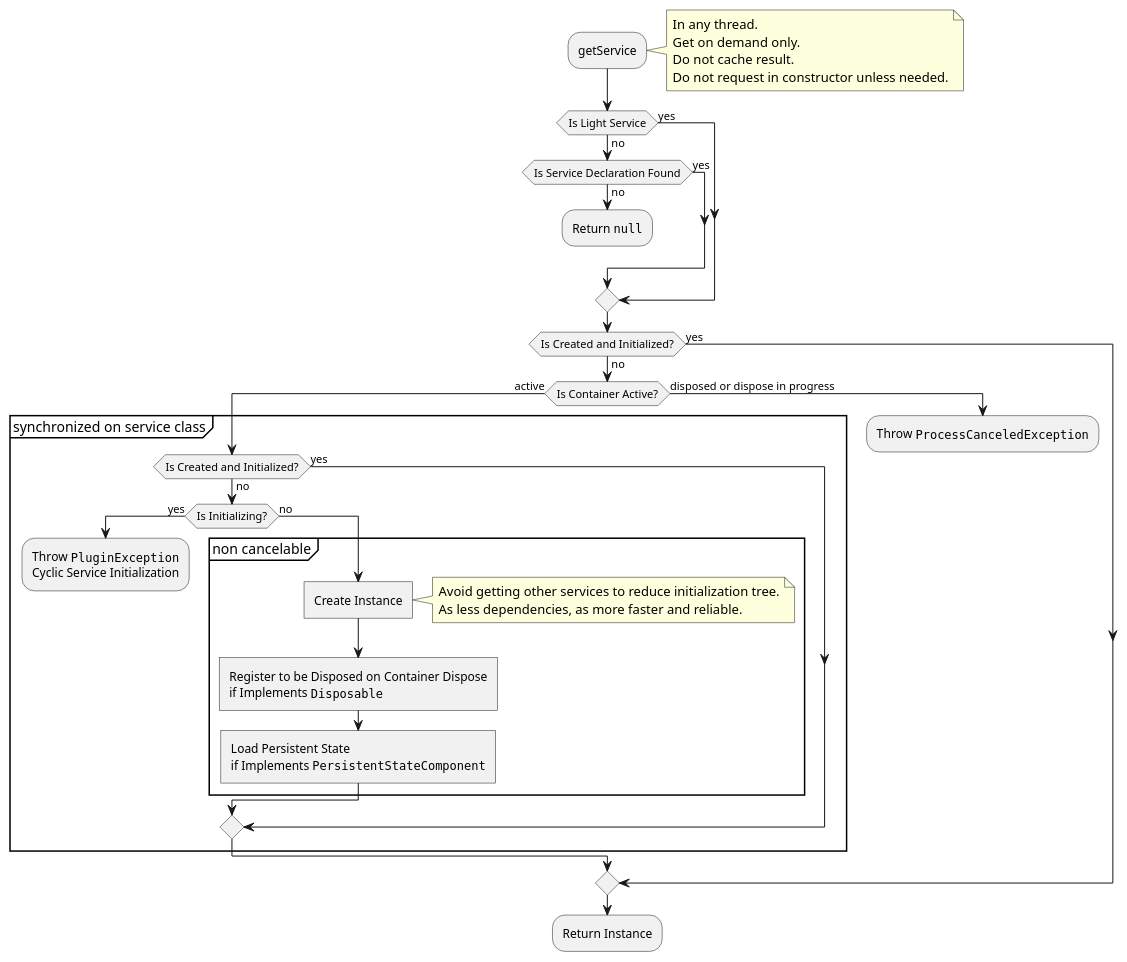
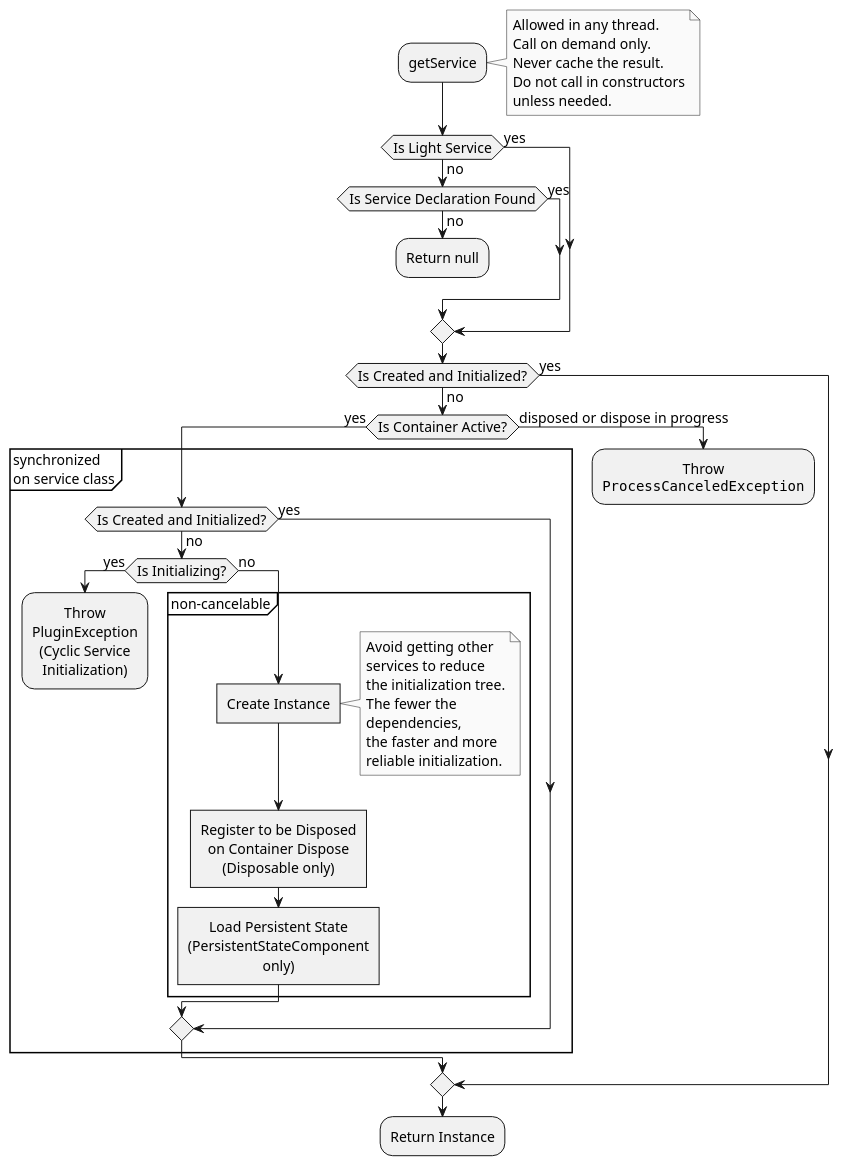
The diagram in topics/basics/plugin_structure/plugin_services.md (JetBrains/intellij-sdk-docs), drawn with PlantUML before and after one commit. The commit also changed other lines of this file and 2 other files, not shown here.

Commit message:
Migrate the getting service diagram

````diff
--- a/topics/basics/plugin_structure/plugin_services.md
+++ b/topics/basics/plugin_structure/plugin_services.md
@@ -315,55 +313,77 @@
 ```plantuml
 @startuml
+skinparam monochrome true
+skinparam DefaultFontName JetBrains Sans
+skinparam DefaultFontSize 14
+skinparam DefaultTextAlignment center
+skinparam NoteTextAlignment left
+
+' default 1.5
+skinparam ActivityBorderThickness 1
+' default 2
+skinparam PartitionBorderThickness 1.5
+
 :getService;
 note right
-  In any thread.
-  Get on demand only.
-  Do not cache result.
-  Do not request in constructor unless needed.
+  Allowed in any thread.
+  Call on demand only.
+  Never cache the result.
+  Do not call in constructors
+  unless needed.
 end note
 
 if (Is Light Service) then (yes)
 else (no)
   if (Is Service Declaration Found) then (yes)
   else (no)
-    :Return ""null"";
+    :Return null;
     detach
   endif
 endif
 
 if (Is Created and Initialized?) then (yes)
 else (no)
-  if (Is Container Active?) then (active)
-    partition "synchronized on service class" {
+  if (Is Container Active?) then (yes)
+    partition "synchronized\non service class" {
       if (Is Created and Initialized?) then (yes)
       else (no)
         if (Is Initializing?) then (yes)
-          :Throw ""PluginException""
-          Cyclic Service Initialization;
+          :Throw
+          PluginException
+          (Cyclic Service
+          Initialization);
           detach
         else (no)
-          partition "non cancelable" {
+          partition "non-cancelable" {
             :Create Instance]
             note right
-              Avoid getting other services to reduce initialization tree.
-              As less dependencies, as more faster and reliable.
+              Avoid getting other
+              services to reduce
+              the initialization tree.
+              The fewer the
+              dependencies,
+              the faster and more
+              reliable initialization.
             end note
 
-            :Register to be Disposed on Container Dispose
-            if Implements ""Disposable""]
+            :Register to be Disposed
+            on Container Dispose
+            (Disposable only)]
             :Load Persistent State
-            if Implements ""PersistentStateComponent""]
+            (PersistentStateComponent
+            only)]
           }
         endif
       endif
     }
   else (disposed or dispose in progress)
-    :Throw ""ProcessCanceledException"";
+    :Throw
+    ""ProcessCanceledException"";
     detach
   endif
 endif
 
 :Return Instance;
 
 @enduml
 ```
````
